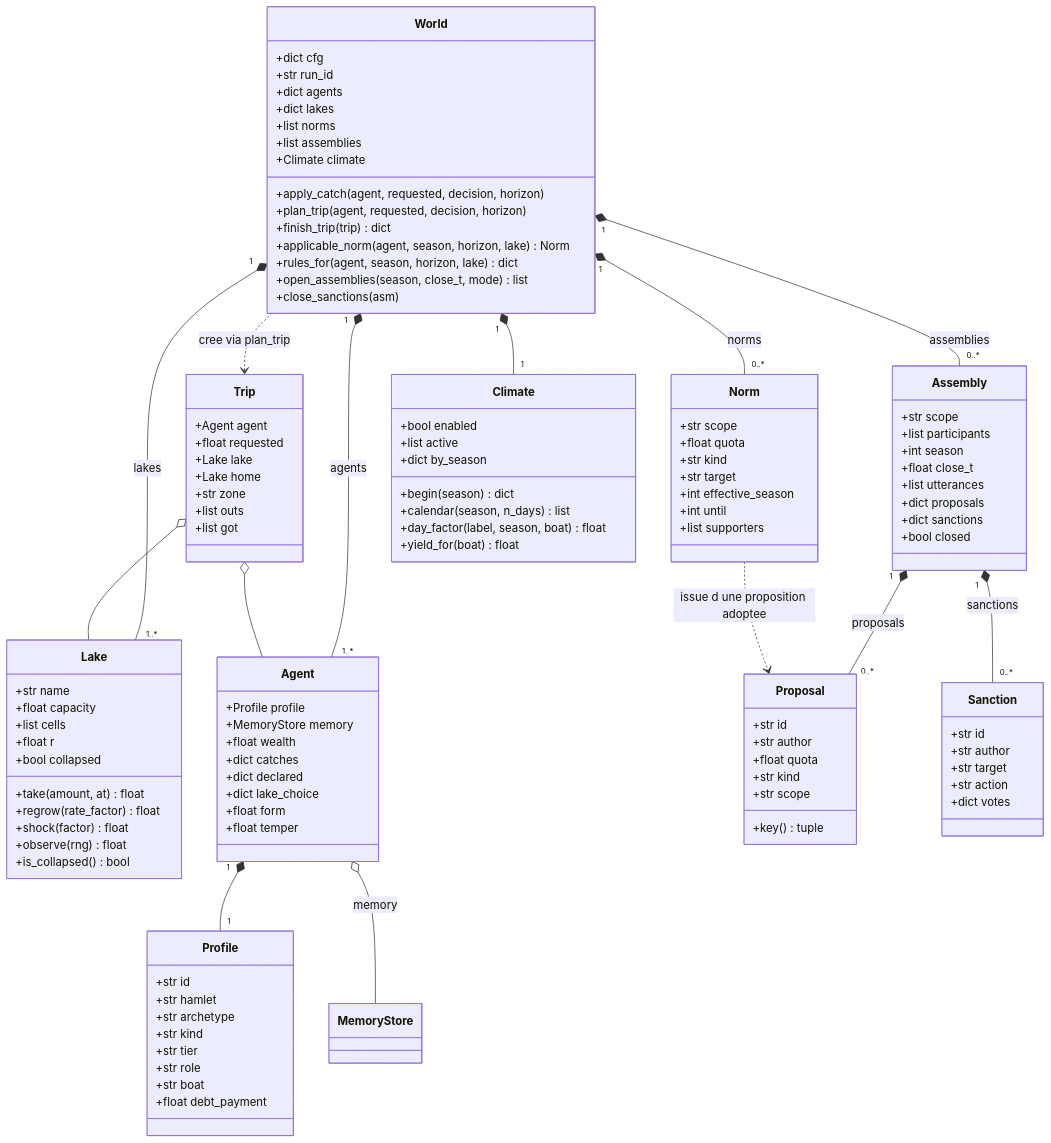
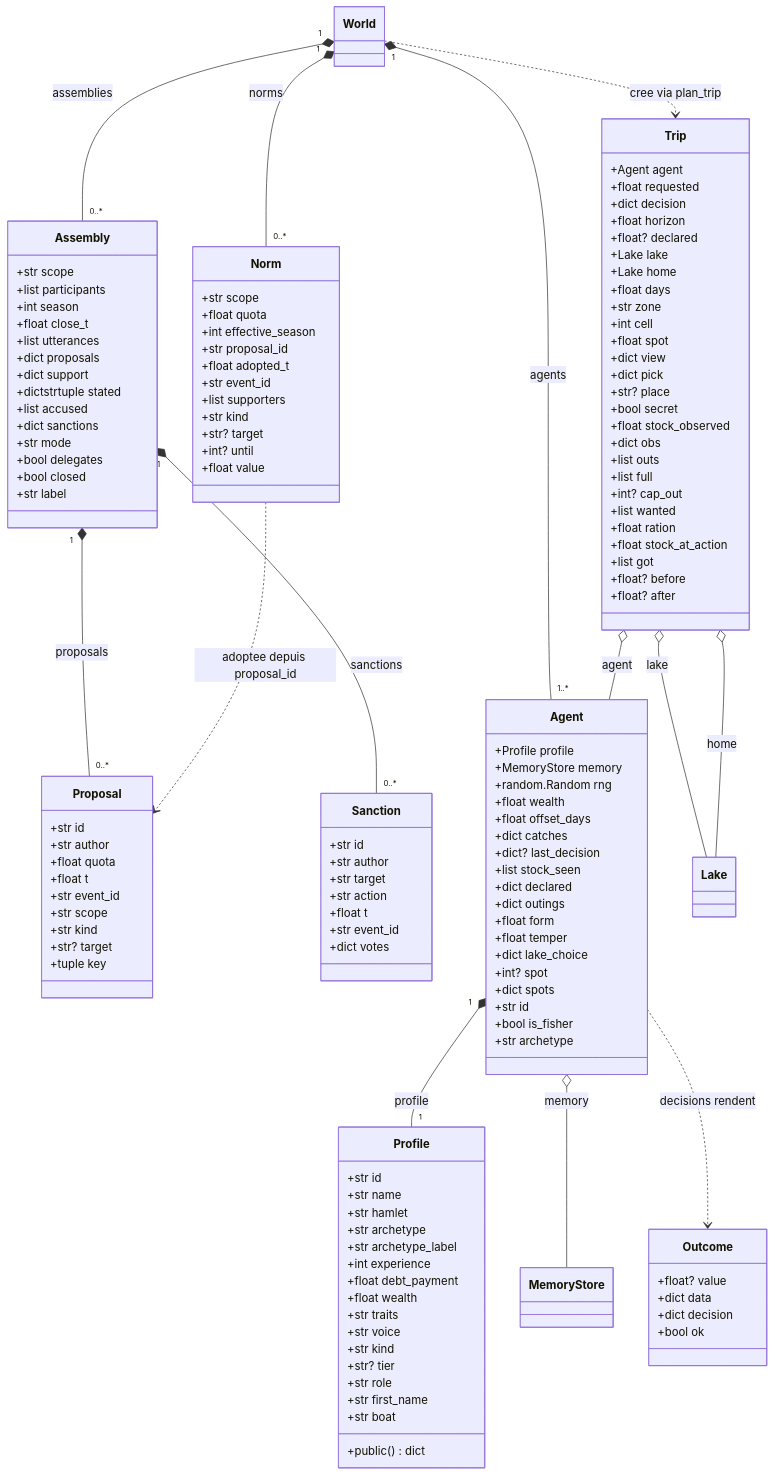
One commit to Romain-LM-Dev/Projet-Parcours---Filets-de-Vellmor changed the tenth of 14 diagrams in docs/uml/classes-monde.md. Above: the diagram before and after it, drawn with Mermaid. The commit also changed other lines of this file and 11 other files, not shown here.

Commit message:
Docs : diagrammes UML complets (97 : chaque classe avec tous ses attributs et méthodes, World et WorldView en vues par domaine, 8 scénarios en séquence et en communication, ~95 cas d'utilisation) ; index dans le README ; PDF régénéré (125 pages) et son script docs/uml/build_pdf.py

````diff
--- a/docs/uml/classes-monde.md
+++ b/docs/uml/classes-monde.md
@@ -10,84 +379,23 @@
 ```mermaid
 classDiagram
-    class World {
-        +dict cfg
-        +str run_id
-        +dict agents
-        +dict lakes
-        +list norms
-        +list assemblies
-        +Climate climate
-        +apply_catch(agent, requested, decision, horizon)
-        +plan_trip(agent, requested, decision, horizon)
-        +finish_trip(trip) dict
-        +applicable_norm(agent, season, horizon, lake) Norm
-        +rules_for(agent, season, horizon, lake) dict
-        +open_assemblies(season, close_t, mode) list
-        +close_sanctions(asm)
-    }
-    class Lake {
-        +str name
-        +float capacity
-        +list cells
-        +float r
-        +bool collapsed
-        +take(amount, at) float
-        +regrow(rate_factor) float
-        +shock(factor) float
-        +observe(rng) float
-        +is_collapsed() bool
-    }
-    class Agent {
-        +Profile profile
-        +MemoryStore memory
-        +float wealth
-        +dict catches
-        +dict declared
-        +dict lake_choice
-        +float form
-        +float temper
-    }
-    class Profile {
-        +str id
-        +str hamlet
-        +str archetype
-        +str kind
-        +str tier
-        +str role
-        +str boat
-        +float debt_payment
-    }
-    class Trip {
-        +Agent agent
-        +float requested
-        +Lake lake
-        +Lake home
-        +str zone
-        +list outs
-        +list got
-    }
-    class Norm {
-        +str scope
-        +float quota
-        +str kind
-        +str target
-        +int effective_season
-        +int until
-        +list supporters
-    }
     class Proposal {
         +str id
         +str author
         +float quota
+        +float t
+        +str event_id
+        +str scope
         +str kind
-        +str scope
-        +key() tuple
+        +str? target
+        +tuple key
     }
     class Sanction {
         +str id
         +str author
         +str target
         +str action
+        +float t
+        +str event_id
         +dict votes
     }
     class Assembly {
@@ -97,31 +405,114 @@
         +float close_t
         +list utterances
         +dict proposals
+        +dict support
+        +dictstrtuple stated
+        +list accused
         +dict sanctions
+        +str mode
+        +bool delegates
         +bool closed
+        +str label
     }
-    class Climate {
-        +bool enabled
-        +list active
-        +dict by_season
-        +begin(season) dict
-        +calendar(season, n_days) list
-        +day_factor(label, season, boat) float
-        +yield_for(boat) float
+    class Trip {
+        +Agent agent
+        +float requested
+        +dict decision
+        +float horizon
+        +float? declared
+        +Lake lake
+        +Lake home
+        +float days
+        +str zone
+        +int cell
+        +float spot
+        +dict view
+        +dict pick
+        +str? place
+        +bool secret
+        +float stock_observed
+        +dict obs
+        +list outs
+        +list full
+        +int? cap_out
+        +list wanted
+        +float ration
+        +float stock_at_action
+        +list got
+        +float? before
+        +float? after
     }
+    class Norm {
+        +str scope
+        +float quota
+        +int effective_season
+        +str proposal_id
+        +float adopted_t
+        +str event_id
+        +list supporters
+        +str kind
+        +str? target
+        +int? until
+        +float value
+    }
+    class Agent {
+        +Profile profile
+        +MemoryStore memory
+        +random.Random rng
+        +float wealth
+        +float offset_days
+        +dict catches
+        +dict? last_decision
+        +list stock_seen
+        +dict declared
+        +dict outings
+        +float form
+        +float temper
+        +dict lake_choice
+        +int? spot
+        +dict spots
+        +str id
+        +bool is_fisher
+        +str archetype
+    }
+    class Outcome {
+        +float? value
+        +dict data
+        +dict decision
+        +bool ok
+    }
+    class Profile {
+        +str id
+        +str name
+        +str hamlet
+        +str archetype
+        +str archetype_label
+        +int experience
+        +float debt_payment
+        +float wealth
+        +str traits
+        +str voice
+        +str kind
+        +str? tier
+        +str role
+        +str first_name
+        +str boat
+        +public() dict
+    }
+    class World
+    class Lake
     class MemoryStore
-
-    World "1" *-- "1..*" Lake : lakes
+    World "1" *-- "0..*" Assembly : assemblies
+    World "1" *-- "0..*" Norm : norms
     World "1" *-- "1..*" Agent : agents
-    World "1" *-- "1" Climate
-    World "1" *-- "0..*" Norm : norms
-    World "1" *-- "0..*" Assembly : assemblies
-    Agent "1" *-- "1" Profile
-    Agent o-- MemoryStore : memory
+    World ..> Trip : cree via plan_trip
     Assembly "1" *-- "0..*" Proposal : proposals
     Assembly "1" *-- "0..*" Sanction : sanctions
-    Norm ..> Proposal : issue d une proposition adoptee
-    World ..> Trip : cree via plan_trip
-    Trip o-- Agent
-    Trip o-- Lake
+    Norm ..> Proposal : adoptee depuis proposal_id
+    Agent "1" *-- "1" Profile : profile
+    Agent o-- MemoryStore : memory
+    Trip o-- Agent : agent
+    Trip o-- Lake : lake
+    Trip o-- Lake : home
+    Agent ..> Outcome : decisions rendent
 ```
````
